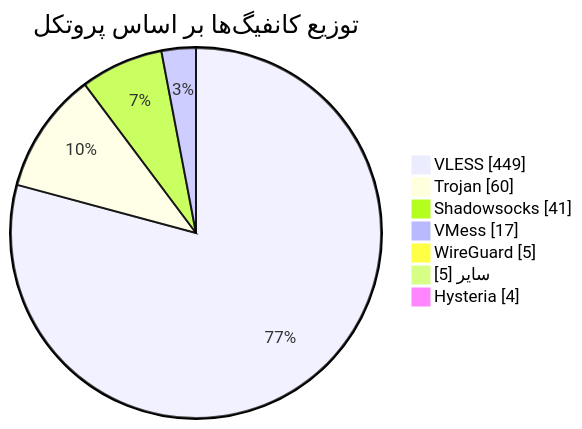
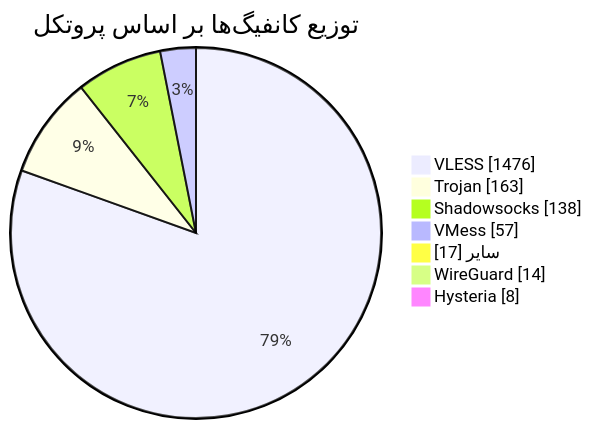
One commit to Arian-Alijani/Somthing changed the diagram in README.md. Above: the diagram before and after it, drawn with Mermaid. The commit also changed other lines of this file and 21 other files, not shown here.

````diff
--- a/README.md
+++ b/README.md
@@ -49,11 +49,11 @@
 ```mermaid
 pie showData
     title توزیع کانفیگ‌ها بر اساس پروتکل
-    "VLESS" : 449
-    "Trojan" : 60
-    "Shadowsocks" : 41
-    "VMess" : 17
-    "WireGuard" : 5
-    "سایر" : 5
-    "Hysteria" : 4
+    "VLESS" : 1476
+    "Trojan" : 163
+    "Shadowsocks" : 138
+    "VMess" : 57
+    "سایر" : 17
+    "WireGuard" : 14
+    "Hysteria" : 8
 ```
````
